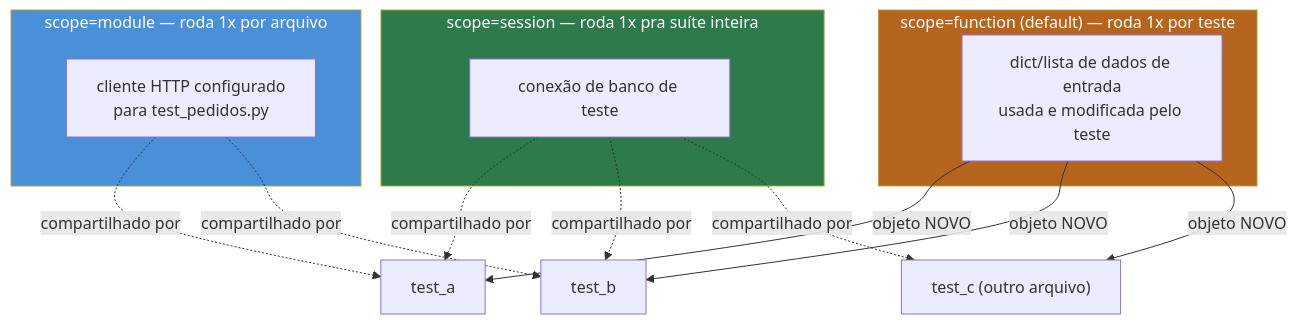
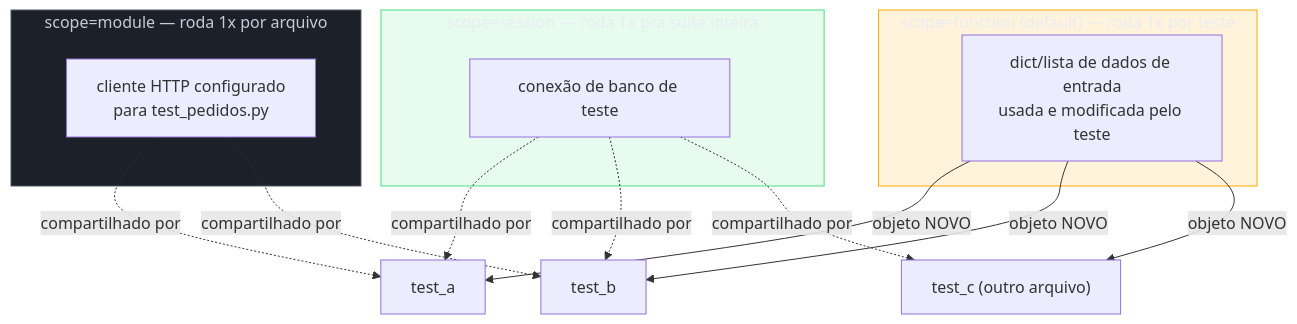
Before and after one commit to josenaldo/codex-technomanticus: the first of 3 diagrams in 03-Dominios/Tecnologia/Python/Testes/02 - Fixtures — escopos, yield e conftest.py.md, drawn with Mermaid. The commit also changed other lines of this file and 1181 other files, not shown here.

First line of the commit message:
fix(diagramas): paleta do sistema no lugar de cor cravada no markdown

````diff
--- a/03-Dominios/Tecnologia/Python/Testes/02 - Fixtures — escopos, yield e conftest.py.md
+++ b/03-Dominios/Tecnologia/Python/Testes/02 - Fixtures — escopos, yield e conftest.py.md
@@ -156,29 +156,32 @@
 ```mermaid
 flowchart TB
+    classDef ok fill:#4ADE8021,stroke:#4ADE80,color:#E9ECF2
+    classDef neutro fill:#1B2029,stroke:#4E5666,color:#C6CCD8
+    classDef destaque fill:#FFAA0024,stroke:#FFAA00,color:#E9ECF2
     subgraph SESSION["scope=session — roda 1x pra suíte inteira"]
         S1["conexão de banco de teste"]
     end
 
     subgraph MODULE["scope=module — roda 1x por arquivo"]
         M1["cliente HTTP configurado\npara test_pedidos.py"]
     end
 
     subgraph FUNCTION["scope=function (default) — roda 1x por teste"]
         F1["dict/lista de dados de entrada\nusada e modificada pelo teste"]
     end
 
     S1 -.compartilhado por.-> T1["test_a"]
     S1 -.compartilhado por.-> T2["test_b"]
     S1 -.compartilhado por.-> T3["test_c (outro arquivo)"]
 
     M1 -.compartilhado por.-> T1
     M1 -.compartilhado por.-> T2
 
     F1 -->|"objeto NOVO"| T1
     F1 -->|"objeto NOVO"| T2
     F1 -->|"objeto NOVO"| T3
 
-    style SESSION fill:#2d7a4a,color:#fff
-    style MODULE fill:#4A90D9,color:#fff
-    style FUNCTION fill:#b5651d,color:#fff
+    class SESSION ok
+    class MODULE neutro
+    class FUNCTION destaque
 ```
````
